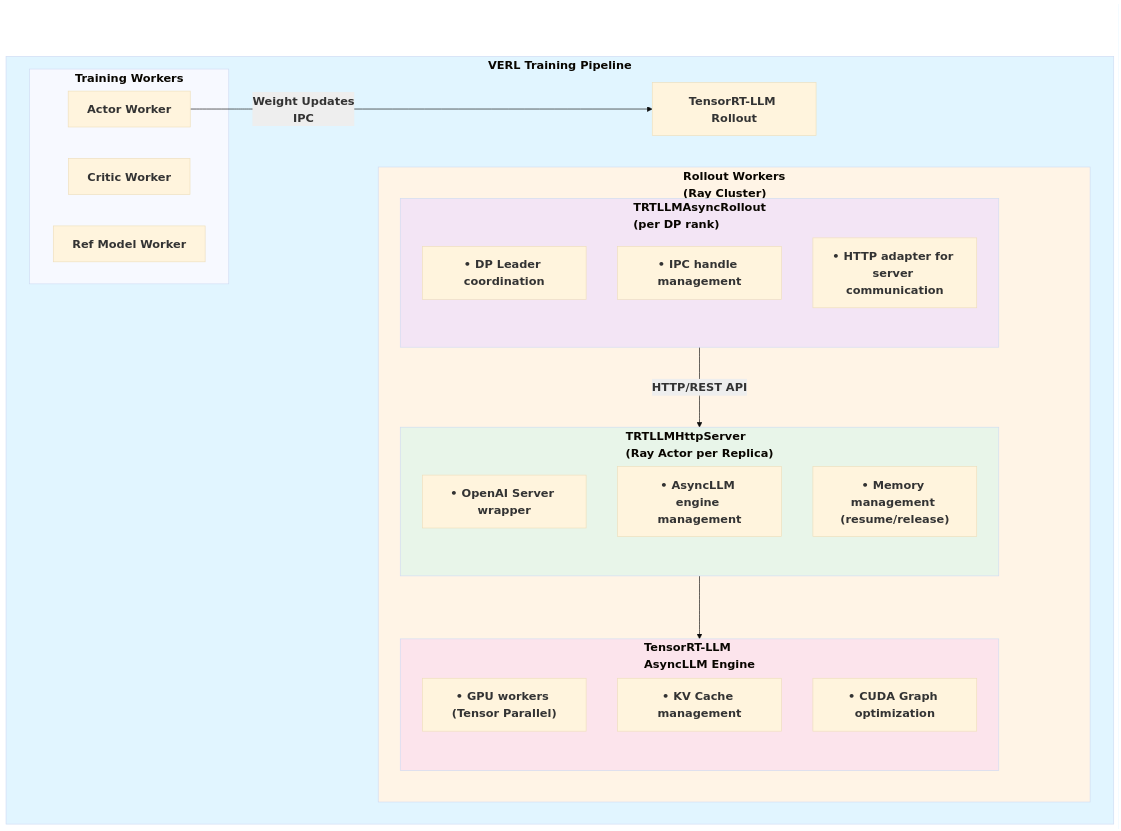
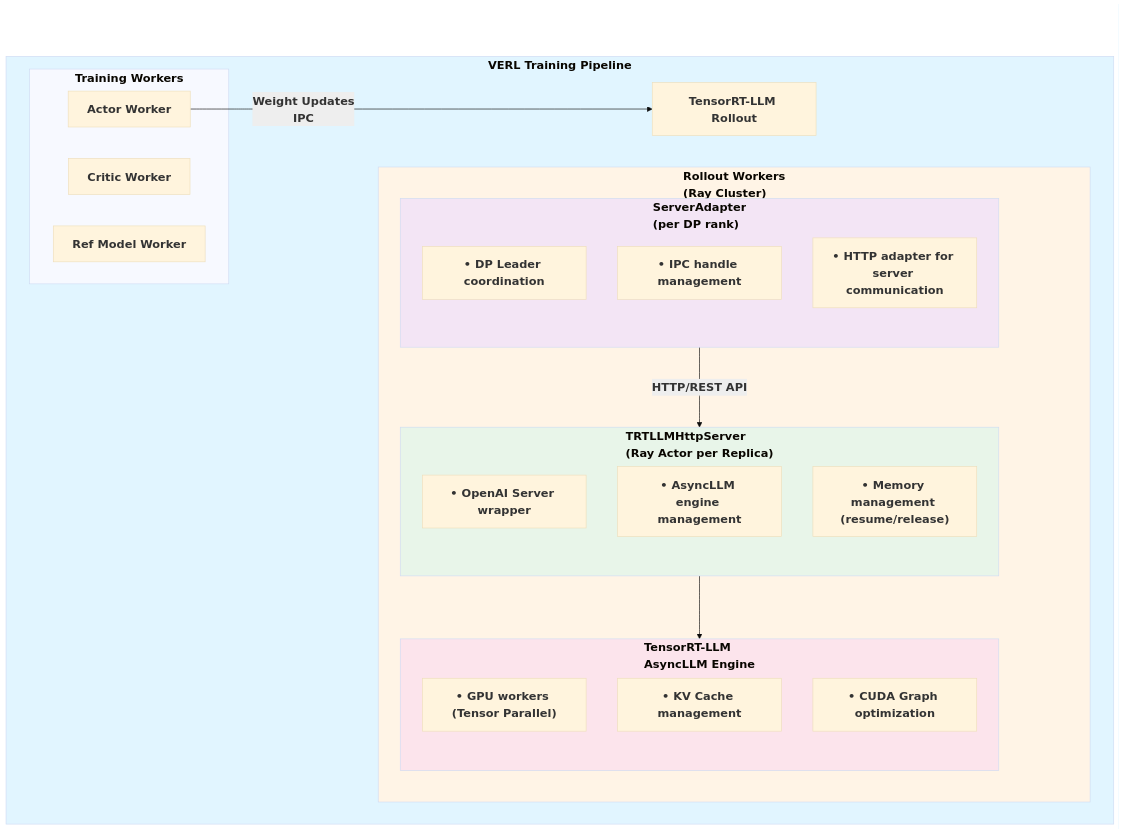
Before and after one commit to joyang-nv/verl: the first of 4 diagrams in verl/workers/rollout/trtllm_rollout/trtllm_async_rollout.md, drawn with Mermaid. The commit also changed other lines of this file and 3 other files, not shown here.

Commit message:
rename ServerAdapter

````diff
--- a/verl/workers/rollout/trtllm_rollout/trtllm_async_rollout.md
+++ b/verl/workers/rollout/trtllm_rollout/trtllm_async_rollout.md
@@ -35,51 +35,51 @@
 ```mermaid
 %%{init: {'theme':'base', 'themeVariables': { 'fontSize':'18px', 'edgeLabelBackground':'#eeeeee'}}}%%
 flowchart TB
     space1[" "]
     style space1 fill:none,stroke:none
     
     subgraph VERL["<b>VERL Training Pipeline</b>"]
         subgraph Workers["<b>Training Workers</b>"]
             Actor["<b>Actor Worker</b>"]
             Critic["<b>Critic Worker</b>"]
             RefModel["<b>Ref Model Worker</b>"]
         end
         
         Actor -->|<b>Weight Updates<br/>IPC</b>| Rollout["<b>TensorRT-LLM Rollout</b>"]
         
         subgraph RayCluster["<b>Rollout Workers<br/>(Ray Cluster)</b>"]
             space2[" "]
             style space2 fill:none,stroke:none
             
-            subgraph AsyncRollout["<b>TRTLLMAsyncRollout<br/>(per DP rank)</b>"]
-                DPLeader["<b>• DP Leader coordination</b>"]
-                IPCMgmt["<b>• IPC handle management</b>"]
-                HTTPAdapter["<b>• HTTP adapter for server communication</b>"]
-            end
+    subgraph AsyncRollout["<b>ServerAdapter<br/>(per DP rank)</b>"]
+        DPLeader["<b>• DP Leader coordination</b>"]
+        IPCMgmt["<b>• IPC handle management</b>"]
+        HTTPAdapter["<b>• HTTP adapter for server communication</b>"]
+    end
             
             AsyncRollout -->|<b>HTTP/REST API</b>| HTTPServer
             
             subgraph HTTPServer["<b>TRTLLMHttpServer<br/>(Ray Actor per Replica)</b>"]
                 OpenAI["<b>• OpenAI Server wrapper</b>"]
                 EngMgmt["<b>• AsyncLLM engine management</b>"]
                 MemMgmt["<b>• Memory management (resume/release)</b>"]
             end
             
             HTTPServer --> AsyncLLM
             
             subgraph AsyncLLM["<b>TensorRT-LLM<br/>AsyncLLM Engine</b>"]
                 GPUWorkers["<b>• GPU workers (Tensor Parallel)</b>"]
                 KVCache["<b>• KV Cache management</b>"]
                 CUDAGraph["<b>• CUDA Graph optimization</b>"]
             end
         end
     end
     
     space1 ~~~ VERL
     
     style VERL fill:#e1f5ff
     style RayCluster fill:#fff4e6
     style AsyncRollout fill:#f3e5f5
     style HTTPServer fill:#e8f5e9
     style AsyncLLM fill:#fce4ec
 ```
````
